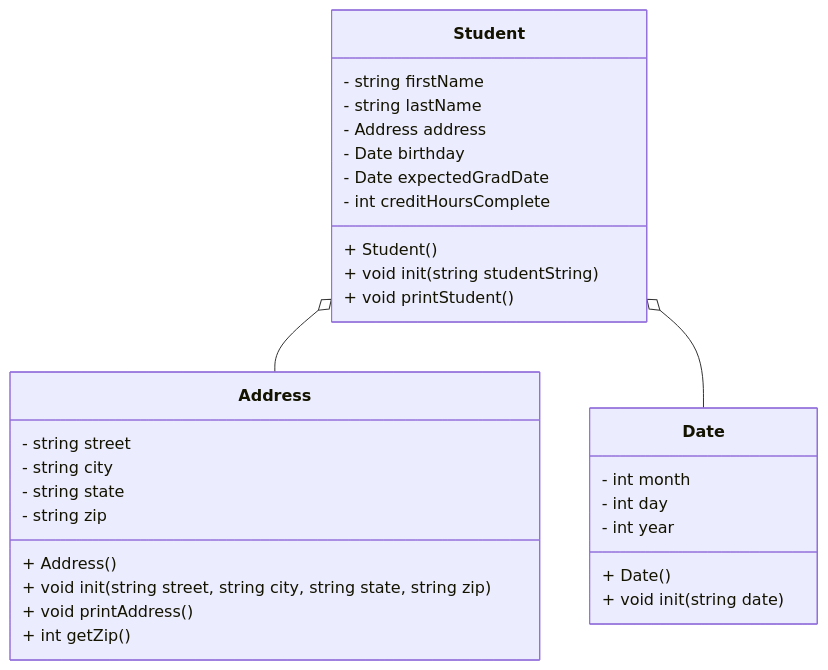
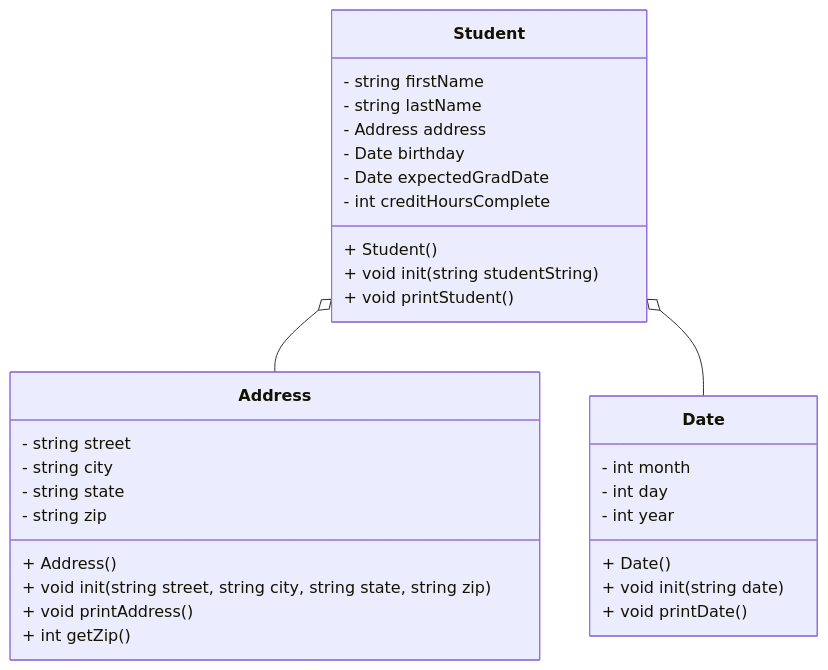
Before and after one commit to Lord-Raymik/CS121_Lab6: the diagram in studentHeap/README.md, drawn with Mermaid.

Commit message:
commited some changes to the Date documentation in the README.md for studentHeap

````diff
--- a/studentHeap/README.md
+++ b/studentHeap/README.md
@@ -3,41 +3,42 @@
 ```mermaid
 classDiagram
 
     class Address {    
         - string street
         - string city
         - string state
         - string zip
 
         + Address()
         + void init(string street, string city, string state, string zip)
         + void printAddress()
         + int getZip()
     }
 
     class Date {
         - int month
         - int day
         - int year
 
         + Date()
         + void init(string date)
+        + void printDate()
     }
 
     class Student {
         - string firstName
         - string lastName
         - Address address
         - Date birthday
         - Date expectedGradDate
         - int creditHoursComplete
 
         + Student()
         + void init(string studentString)
         + void printStudent() 
     }
 
     Student o-- Address
     Student o-- Date
 
 ```
````
